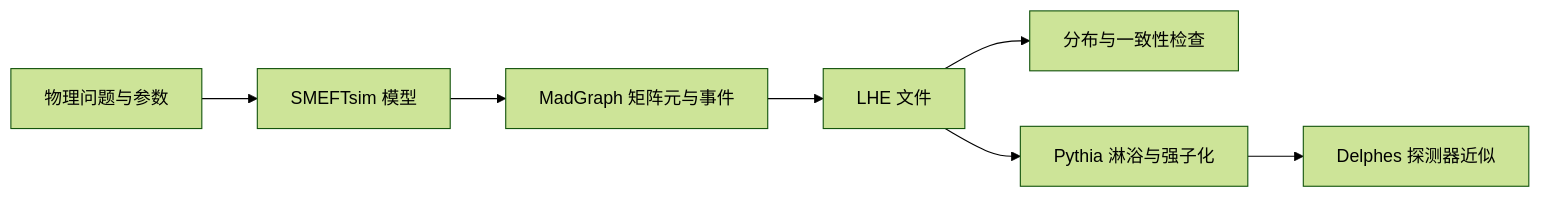
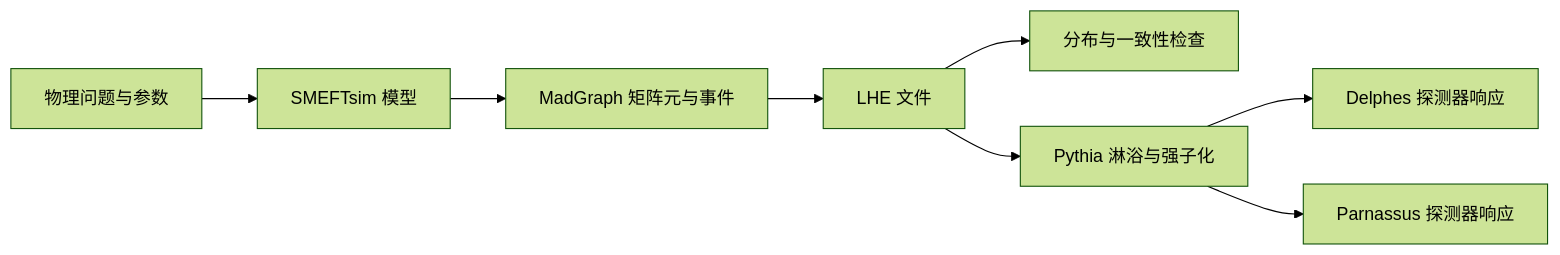
One commit to RuneTan/smeftsim-to-detector-tutorial changed the first of 2 diagrams in docs/model/README.zh-CN.md. Above: the diagram before and after it, drawn with Mermaid (forest theme). The commit also changed other lines of this file and 13 other files, not shown here.

````diff
--- a/docs/model/README.zh-CN.md
+++ b/docs/model/README.zh-CN.md
@@ -25,9 +23,10 @@
 ```mermaid
 flowchart LR
     A[物理问题与参数] --> B[SMEFTsim 模型]
     B --> C[MadGraph 矩阵元与事件]
     C --> D[LHE 文件]
     D --> E[分布与一致性检查]
     D --> F[Pythia 淋浴与强子化]
-    F --> G[Delphes 探测器近似]
+    F --> G[Delphes 探测器响应]
+    F --> H[Parnassus 探测器响应]
 ```
````
